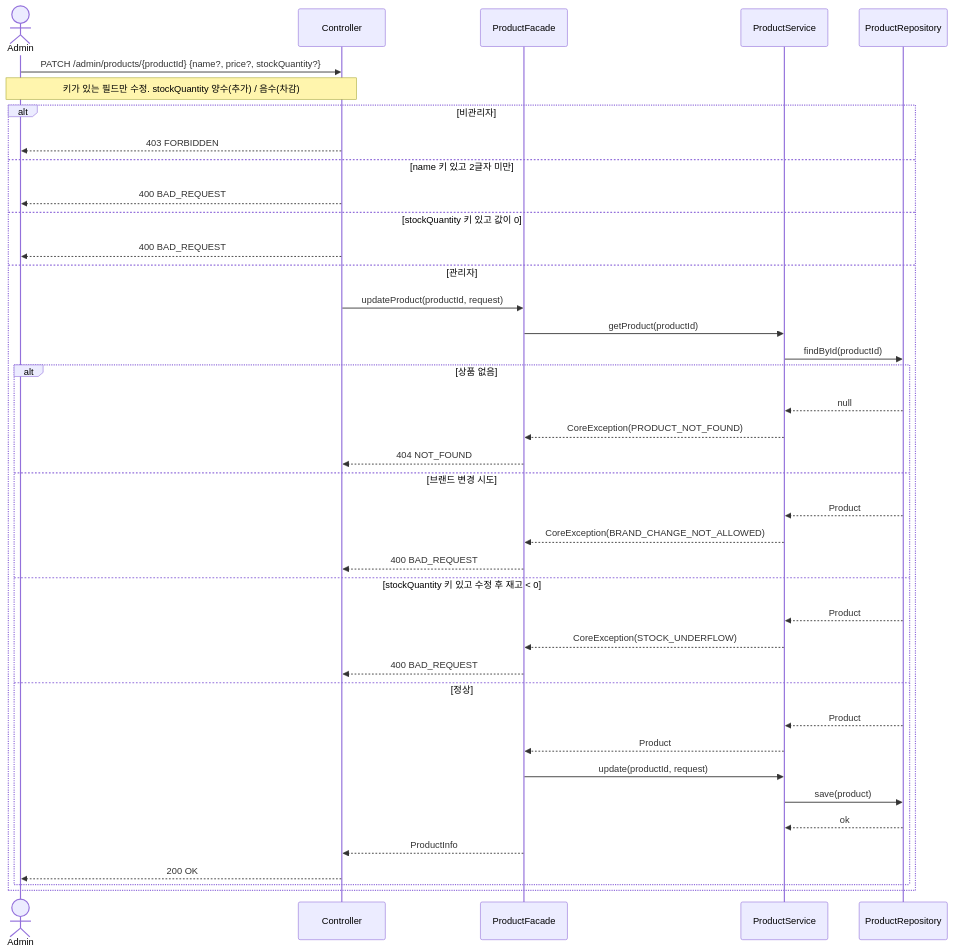
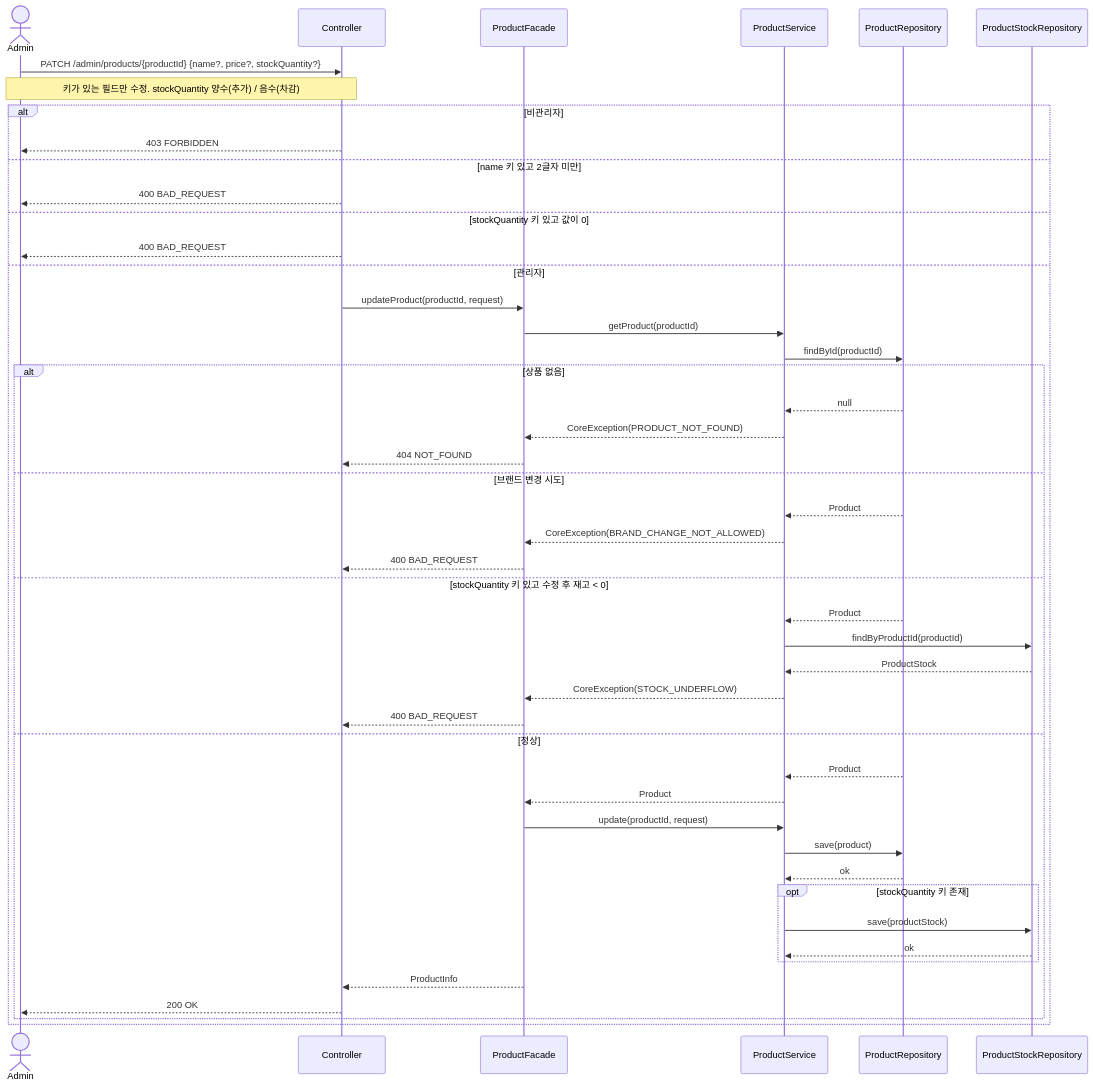
Before and after one commit to loopers-labs/loop-pack-be-l2-vol4-java: the fourth of 4 diagrams in docs/design/02-sequence-diagrams.md, drawn with Mermaid. The commit also changed other lines of this file and 2 other files, not shown here.

````diff
--- a/docs/design/02-sequence-diagrams.md
+++ b/docs/design/02-sequence-diagrams.md
@@ -177,46 +182,53 @@
 ```mermaid
 sequenceDiagram
     actor Admin
     participant Controller
     participant ProductFacade
     participant ProductService
     participant ProductRepository
+    participant ProductStockRepository
 
     Admin->>Controller: PATCH /admin/products/{productId} {name?, price?, stockQuantity?}
     Note over Admin,Controller: 키가 있는 필드만 수정. stockQuantity 양수(추가) / 음수(차감)
 
     alt 비관리자
         Controller-->>Admin: 403 FORBIDDEN
     else name 키 있고 2글자 미만
         Controller-->>Admin: 400 BAD_REQUEST
     else stockQuantity 키 있고 값이 0
         Controller-->>Admin: 400 BAD_REQUEST
     else 관리자
         Controller->>ProductFacade: updateProduct(productId, request)
 
         ProductFacade->>ProductService: getProduct(productId)
         ProductService->>ProductRepository: findById(productId)
 
         alt 상품 없음
             ProductRepository-->>ProductService: null
             ProductService-->>ProductFacade: CoreException(PRODUCT_NOT_FOUND)
             ProductFacade-->>Controller: 404 NOT_FOUND
         else 브랜드 변경 시도
             ProductRepository-->>ProductService: Product
             ProductService-->>ProductFacade: CoreException(BRAND_CHANGE_NOT_ALLOWED)
             ProductFacade-->>Controller: 400 BAD_REQUEST
         else stockQuantity 키 있고 수정 후 재고 < 0
             ProductRepository-->>ProductService: Product
+            ProductService->>ProductStockRepository: findByProductId(productId)
+            ProductStockRepository-->>ProductService: ProductStock
             ProductService-->>ProductFacade: CoreException(STOCK_UNDERFLOW)
             ProductFacade-->>Controller: 400 BAD_REQUEST
         else 정상
             ProductRepository-->>ProductService: Product
             ProductService-->>ProductFacade: Product
             ProductFacade->>ProductService: update(productId, request)
             ProductService->>ProductRepository: save(product)
             ProductRepository-->>ProductService: ok
+            opt stockQuantity 키 존재
+                ProductService->>ProductStockRepository: save(productStock)
+                ProductStockRepository-->>ProductService: ok
+            end
             ProductFacade-->>Controller: ProductInfo
             Controller-->>Admin: 200 OK
         end
     end
 ```
````
